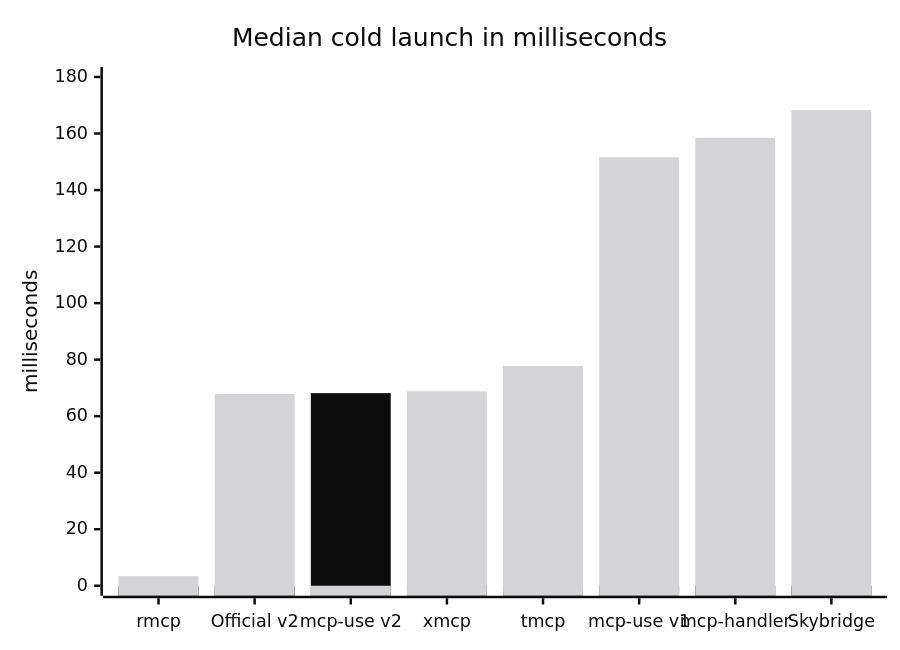
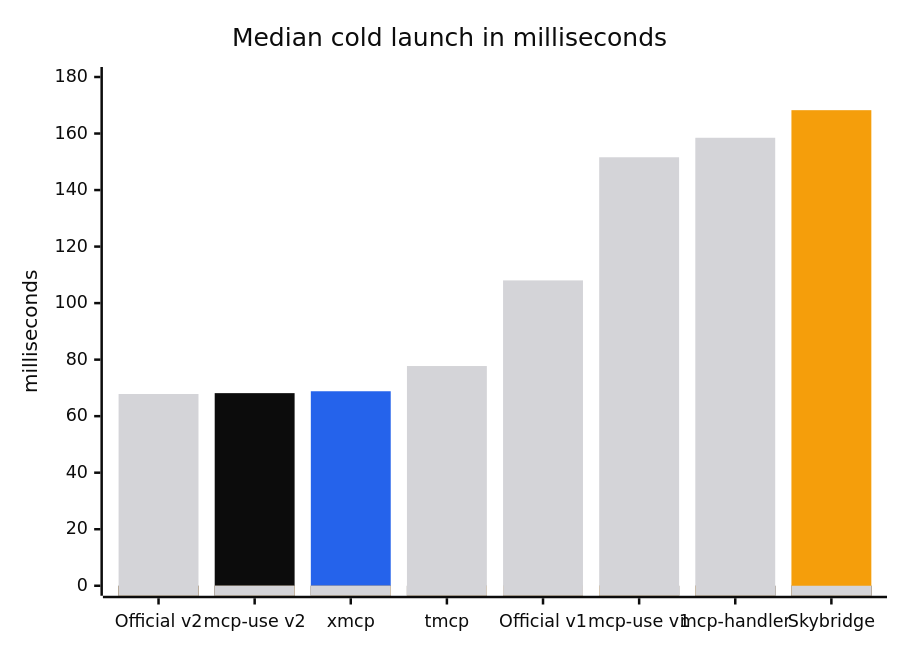
One commit to mcp-use/mcp-use changed the second of 4 diagrams in benchmark.md. Above: the diagram before and after it, drawn with Mermaid. The commit also changed other lines of this file and 2 other files, not shown here.

````diff
--- a/benchmark.md
+++ b/benchmark.md
@@ -72,24 +78,26 @@
 ```mermaid
 ---
 config:
   themeVariables:
     xyChart:
       backgroundColor: "#ffffff"
       titleColor: "#0c0c0c"
       xAxisLabelColor: "#0c0c0c"
       xAxisTitleColor: "#0c0c0c"
       xAxisTickColor: "#0c0c0c"
       xAxisLineColor: "#0c0c0c"
       yAxisLabelColor: "#0c0c0c"
       yAxisTitleColor: "#0c0c0c"
       yAxisTickColor: "#0c0c0c"
       yAxisLineColor: "#0c0c0c"
-      plotColorPalette: "#0c0c0c, #d4d4d8"
+      plotColorPalette: "#0c0c0c, #2563eb, #f59e0b, #d4d4d8"
 ---
 xychart
   title "Median cold launch in milliseconds"
-  x-axis ["rmcp", "Official v2", "mcp-use v2", "xmcp", "tmcp", "mcp-use v1", "mcp-handler", "Skybridge"]
+  x-axis ["Official v2", "mcp-use v2", "xmcp", "tmcp", "Official v1", "mcp-use v1", "mcp-handler", "Skybridge"]
   y-axis "milliseconds" 0 --> 180
-  bar [0, 0, 68.145, 0, 0, 0, 0, 0]
-  bar [3.400, 67.839, 0, 68.814, 77.740, 151.603, 158.498, 168.260]
+  bar [0, 68.145, 0, 0, 0, 0, 0, 0]
+  bar [0, 0, 68.814, 0, 0, 0, 0, 0]
+  bar [0, 0, 0, 0, 0, 0, 0, 168.260]
+  bar [67.839, 0, 0, 77.740, 108.039, 151.603, 158.498, 0]
 ```
````
